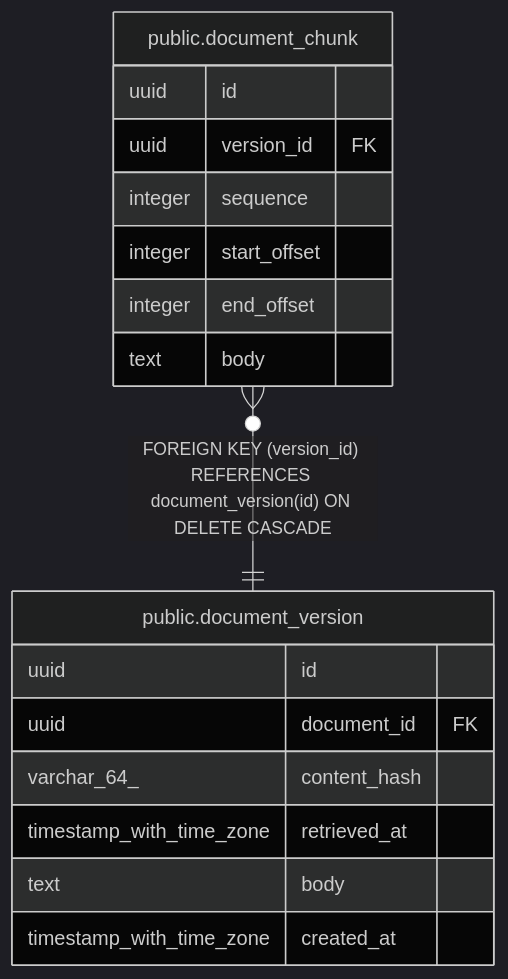
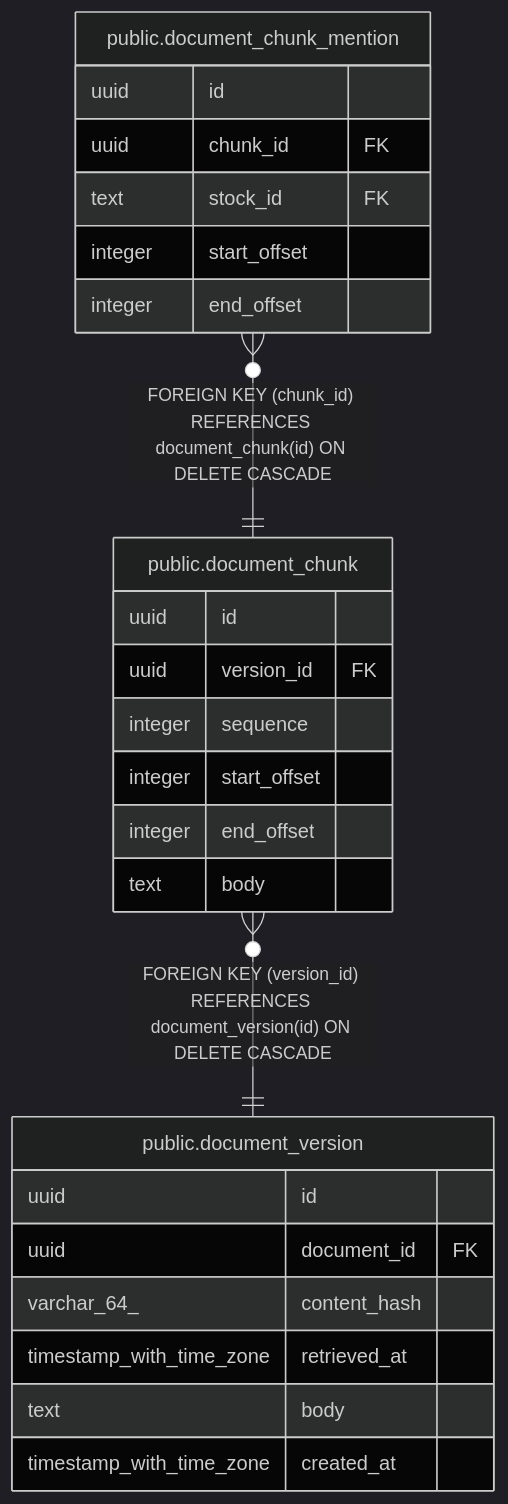
The diagram in backend/docs/db/public.document_chunk.md (fohte/t-rader), drawn with Mermaid (dark theme) before and after one commit. The commit also changed other lines of this file and 20 other files, not shown here.

````diff
--- a/backend/docs/db/public.document_chunk.md
+++ b/backend/docs/db/public.document_chunk.md
@@ -43,22 +43,30 @@
 ```mermaid
 erDiagram
 
+"public.document_chunk_mention" }o--|| "public.document_chunk" : "FOREIGN KEY (chunk_id) REFERENCES document_chunk(id) ON DELETE CASCADE"
 "public.document_chunk" }o--|| "public.document_version" : "FOREIGN KEY (version_id) REFERENCES document_version(id) ON DELETE CASCADE"
 
 "public.document_chunk" {
   uuid id
   uuid version_id FK
   integer sequence
   integer start_offset
   integer end_offset
   text body
 }
+"public.document_chunk_mention" {
+  uuid id
+  uuid chunk_id FK
+  text stock_id FK
+  integer start_offset
+  integer end_offset
+}
 "public.document_version" {
   uuid id
   uuid document_id FK
   varchar_64_ content_hash
   timestamp_with_time_zone retrieved_at
   text body
   timestamp_with_time_zone created_at
 }
 ```
````
